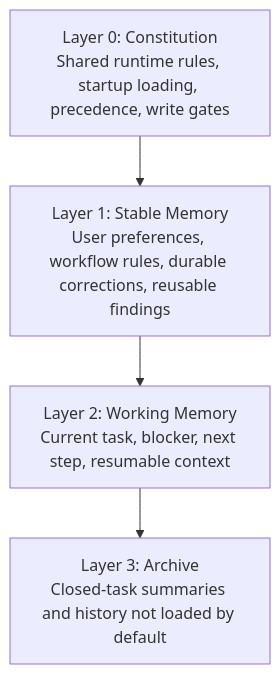
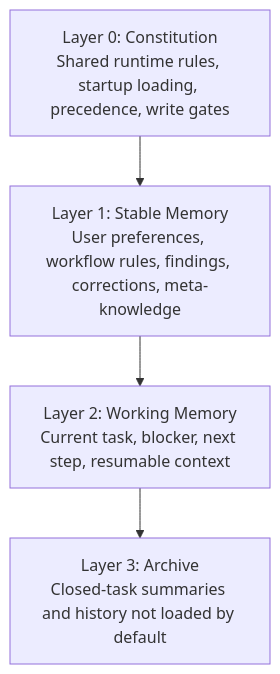
Before and after one commit to PHLens/pamem: the first of 2 diagrams in DESIGN.md, drawn with Mermaid. The commit also changed other lines of this file and 10 other files, not shown here.

First line of the commit message:
evolve memory from stable store to meta-knowledge schema layer

````diff
--- a/DESIGN.md
+++ b/DESIGN.md
@@ -9,11 +9,11 @@
 ```mermaid
 flowchart TD
     L0["Layer 0: Constitution<br/>Shared runtime rules, startup loading, precedence, write gates"]
-    L1["Layer 1: Stable Memory<br/>User preferences, workflow rules, durable corrections, reusable findings"]
+    L1["Layer 1: Stable Memory<br/>User preferences, workflow rules, findings, corrections, meta-knowledge"]
     L2["Layer 2: Working Memory<br/>Current task, blocker, next step, resumable context"]
     L3["Layer 3: Archive<br/>Closed-task summaries and history not loaded by default"]
 
     L0 --> L1
     L1 --> L2
     L2 --> L3
 ```
````
